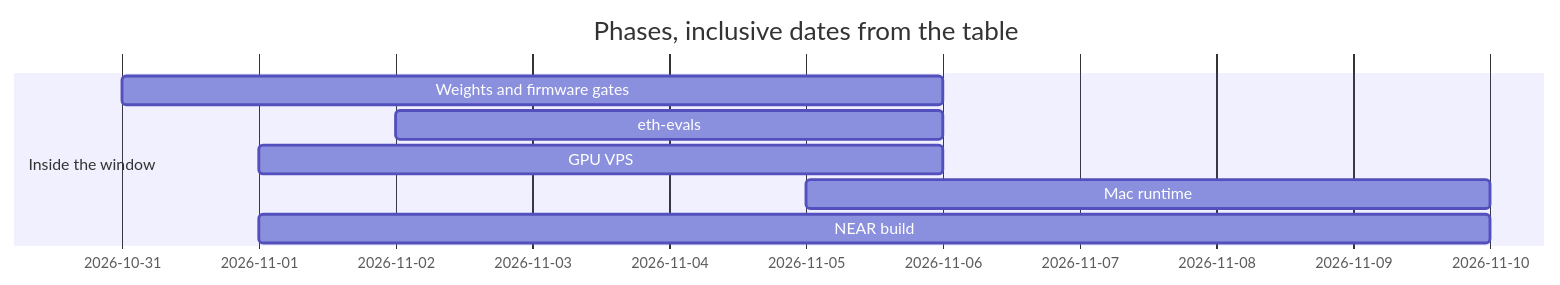
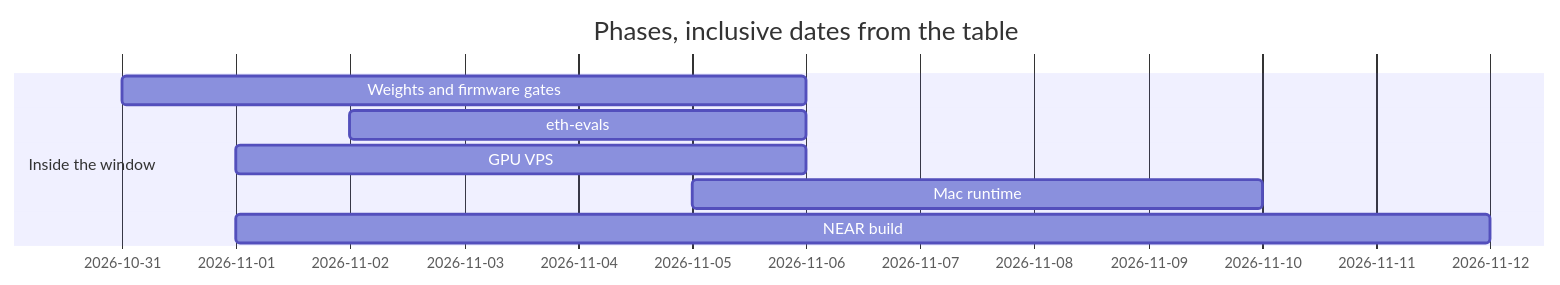
The diagram in README.md (fraserbrownirl/bursar-near), drawn with Mermaid before and after one commit. The commit also changed other lines of this file and 61 other files, not shown here.

````diff
--- a/README.md
+++ b/README.md
@@ -326,12 +295,12 @@
 ```mermaid
 gantt
     title Phases, inclusive dates from the table
     dateFormat YYYY-MM-DD
     axisFormat %Y-%m-%d
     section Inside the window
     Weights and firmware gates     :2026-10-31, 2026-11-06
     eth-evals                       :2026-11-02, 2026-11-06
     GPU VPS                         :2026-11-01, 2026-11-06
     Mac runtime                     :2026-11-05, 2026-11-10
-    NEAR build                      :2026-11-01, 2026-11-10
+    NEAR build                      :2026-11-01, 2026-11-12
 ```
````
